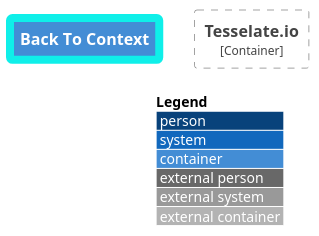
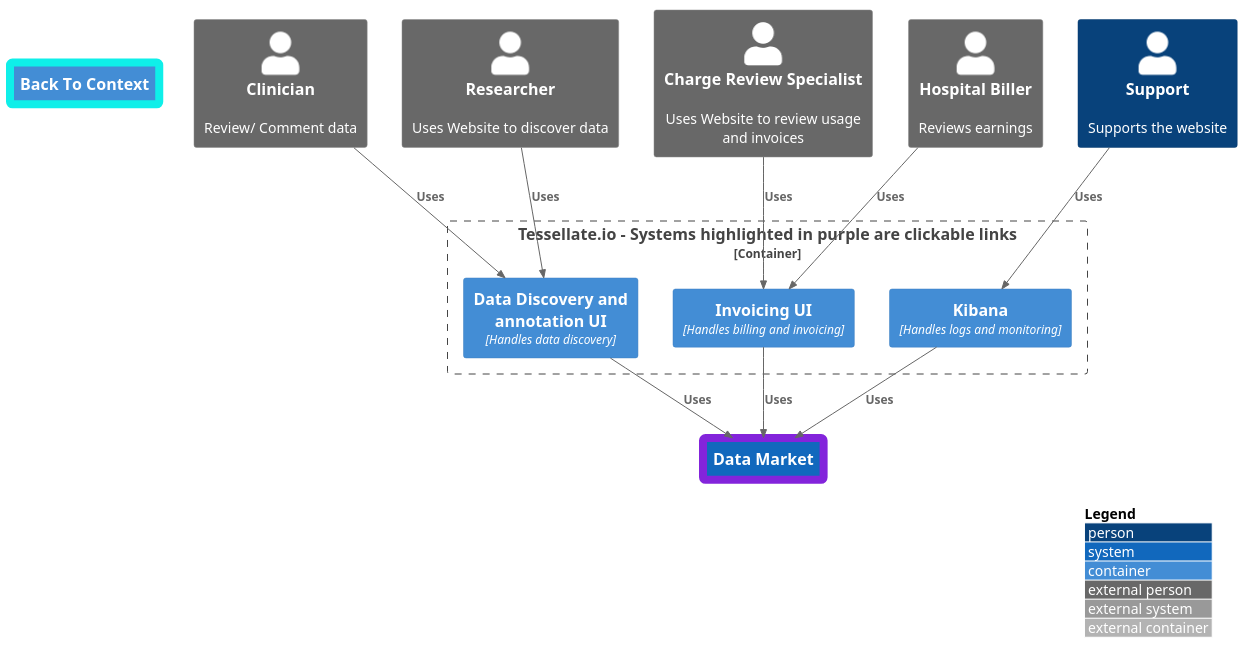
The diagram in ArchitectureModel/TesselateIOContainer.puml (migueladelvalle/SE577-684-SP-23-24-final-project), drawn with PlantUML before and after one commit. The commit also changed 15 other files, not shown here.

Commit message:
C4 diagram adding additional components

```diff
--- a/ArchitectureModel/TesselateIOContainer.puml
+++ b/ArchitectureModel/TesselateIOContainer.puml
@@ -1,13 +1,35 @@
 @startuml
-!include https://raw.githubusercontent.com/plantuml-stdlib/C4-PlantUML/master/C4_Container.puml
+!include ./C4_Container.puml
 
 LAYOUT_WITH_LEGEND()
 
 AddElementTag("lowerLevelLink", $borderColor="8324db",$borderThickness="8")
 AddElementTag("higherLevelLink", $borderColor="0fefe9ff",$borderThickness="8")
 
 Container(back, "Back To Context", $link="./ContextDiagram.puml", $tags="higherLevelLink")
 
-Container_Boundary(website, "Tesselate.io", "The boundary of the system")
+Person_Ext(clinician, "Clinician", "Review/ Comment data")
+Person_Ext(billers, "Hospital Biller","Reviews earnings")
+Person_Ext(researcher, "Researcher", "Uses Website to discover data")
+Person_Ext(reviewer, "Charge Review Specialist", "Uses Website to review usage and invoices")
+System(datamarket, "Data Market",$link="./DataMarketContainer.puml", $tags="lowerLevelLink")
+Person(support, "Support", "Supports the website")
+
+Container_Boundary(website, "Tessellate.io - Systems highlighted in purple are clickable links", "The boundary of the system"){
+    Container(billing, "Invoicing UI", "Handles billing and invoicing")
+    Container(query, "Data Discovery and annotation UI", "Handles data discovery")
+    Container(logs, "Kibana", "Handles logs and monitoring")
+}
+
+Rel(clinician, query, "Uses")
+Rel(researcher, query, "Uses")
+Rel(billers, billing, "Uses")
+Rel(reviewer, billing, "Uses")
+Rel(query, datamarket, "Uses")
+Rel(billing, datamarket, "Uses")
+Rel(logs, datamarket, "Uses")
+Rel(support, logs, "Uses")
+
+
 
 @enduml
```
